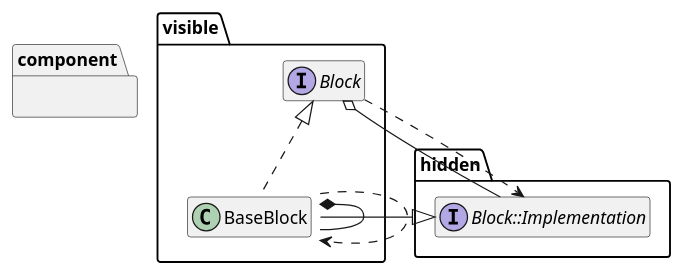
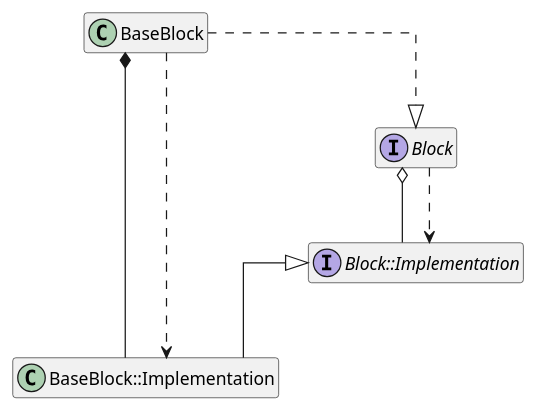
Before and after one commit to Hanssen0/Unnaming_Game: the diagram in docs/UML/Block.puml, drawn with PlantUML. The commit also changed 1 other file, not shown here.

Commit message:
Edit the class diagram

```diff
--- a/docs/UML/Block.puml
+++ b/docs/UML/Block.puml
@@ -1,17 +1,18 @@
 @startuml
 hide members
-namespace visible {
+skinparam linetype ortho
+together {
   interface Block
-  Block <|.. BaseBlock
+  interface Block_Implementation as "Block::Implementation"
 }
-namespace hidden {
-  interface Block::Implementation
-  Block::Implementation <|-- BaseBlock::Implementation
+together {
+  class BaseBlock
+  class BaseBlock_Implementation as "BaseBlock::Implementation"
 }
-namespace component {
-  Block o-- Block::Implementation
-  BaseBlock *-- BaseBlock::Implementation
-  Block ..> Block::Implementation
-  BaseBlock ..> BaseBlock::Implementation
-}
+Block o-- Block_Implementation
+Block ..> Block_Implementation
+BaseBlock *---- BaseBlock_Implementation
+BaseBlock ....> BaseBlock_Implementation
+BaseBlock ..|> Block
+Block_Implementation <|-- BaseBlock_Implementation
 @enduml
```
